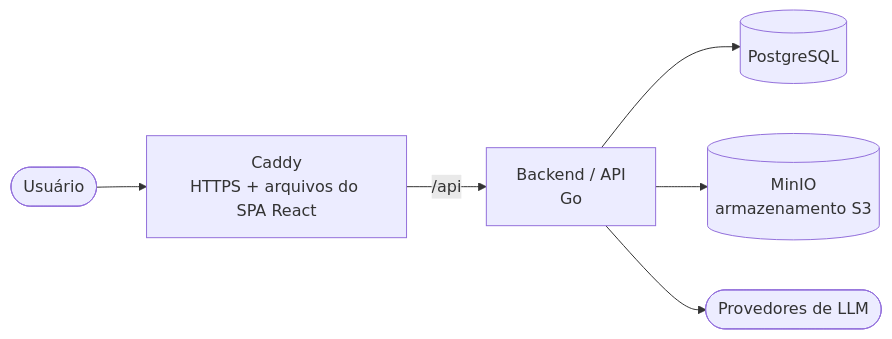
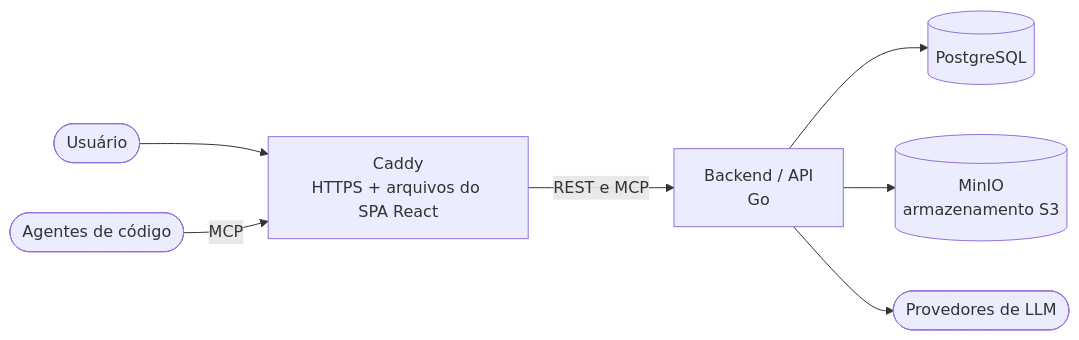
One commit to dannilodms/forgespark changed the diagram in README.pt-BR.md. Above: the diagram before and after it, drawn with Mermaid. The commit also changed other lines of this file and 4 other files, not shown here.

First line of the commit message:
docs: record inbound adapters decision (REST and MCP first)

````diff
--- a/README.pt-BR.md
+++ b/README.pt-BR.md
@@ -43,8 +43,9 @@
 ```mermaid
 flowchart LR
     user([Usuário]) --> proxy[Caddy<br/>HTTPS + arquivos do SPA React]
-    proxy -->|/api| api[Backend / API<br/>Go]
+    agents([Agentes de código]) -->|MCP| proxy
+    proxy -->|REST e MCP| api[Backend / API<br/>Go]
     api --> db[(PostgreSQL)]
     api --> storage[(MinIO<br/>armazenamento S3)]
     api --> llm([Provedores de LLM])
 ```
````
